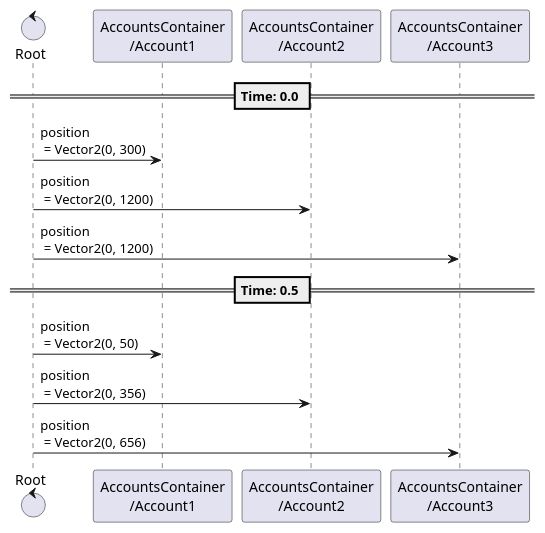
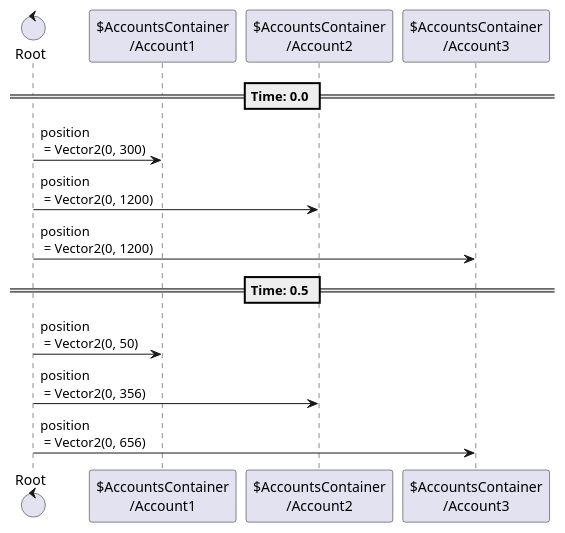
Before and after one commit to tkmfujise/Platformer-Game-Learning: the third of 9 diagrams in content/scenes/src/beginning/accounts/accounts.tscn.adoc, drawn with PlantUML. The commit also changed other lines of this file and 31 other files, not shown here.

Commit message:
Add prefix $ to node name in animation sequences

```diff
--- a/content/scenes/src/beginning/accounts/accounts.tscn.adoc
+++ b/content/scenes/src/beginning/accounts/accounts.tscn.adoc
@@ -219,20 +219,20 @@
 [plantuml]
 ....
-control "Root" as Root
-participant "AccountsContainer\n/Account1" as T0
-participant "AccountsContainer\n/Account2" as T1
-participant "AccountsContainer\n/Account3" as T2
+control "Root" as R
+participant "$AccountsContainer\n/Account1" as T0
+participant "$AccountsContainer\n/Account2" as T1
+participant "$AccountsContainer\n/Account3" as T2
 
 
 
 == Time: 0.0 ==
-Root  ->  T0 : position\n = Vector2(0, 300)
-Root  ->  T1 : position\n = Vector2(0, 1200)
-Root  ->  T2 : position\n = Vector2(0, 1200)
+R  ->  T0 : position\n = Vector2(0, 300)
+R  ->  T1 : position\n = Vector2(0, 1200)
+R  ->  T2 : position\n = Vector2(0, 1200)
 == Time: 0.5 ==
-Root  ->  T0 : position\n = Vector2(0, 50)
-Root  ->  T1 : position\n = Vector2(0, 356)
-Root  ->  T2 : position\n = Vector2(0, 656)
+R  ->  T0 : position\n = Vector2(0, 50)
+R  ->  T1 : position\n = Vector2(0, 356)
+R  ->  T2 : position\n = Vector2(0, 656)
 
 
 ....
```
